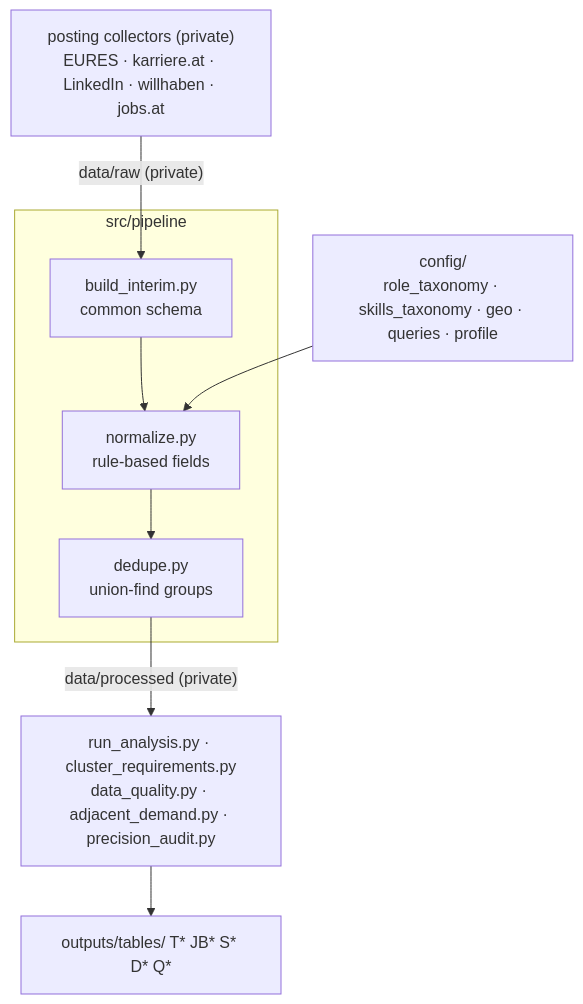
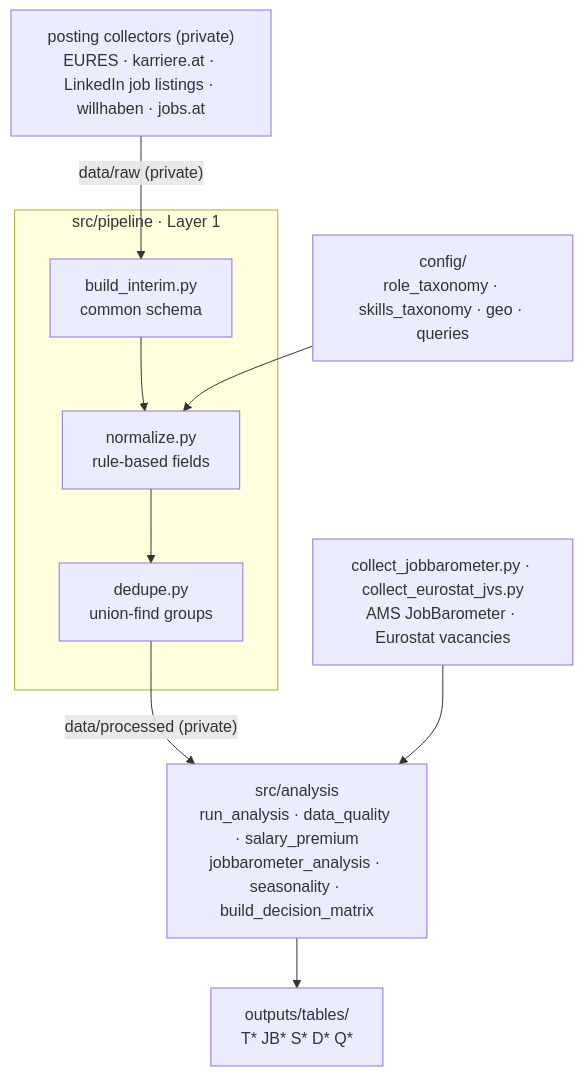
One commit to RafaelBraga-Kribitz/austria-data-job-market-intelligence changed the first of 2 diagrams in README.md. Above: the diagram before and after it, drawn with Mermaid. The commit also changed other lines of this file and 414 other files, not shown here.

````diff
--- a/README.md
+++ b/README.md
@@ -104,14 +163,16 @@
 ```mermaid
 flowchart TD
-  A3["posting collectors (private)<br/>EURES · karriere.at · LinkedIn · willhaben · jobs.at"]
-  C["config/<br/>role_taxonomy · skills_taxonomy · geo · queries · profile"]
-  subgraph pipe["src/pipeline"]
+  A1["posting collectors (private)<br/>EURES · karriere.at · LinkedIn job listings · willhaben · jobs.at"]
+  A2["collect_jobbarometer.py · collect_eurostat_jvs.py<br/>AMS JobBarometer · Eurostat vacancies"]
+  C["config/<br/>role_taxonomy · skills_taxonomy · geo · queries"]
+  subgraph pipe["src/pipeline · Layer 1"]
     P1["build_interim.py<br/>common schema"] --> P2["normalize.py<br/>rule-based fields"] --> P3["dedupe.py<br/>union-find groups"]
   end
-  N1["run_analysis.py · cluster_requirements.py<br/>data_quality.py · adjacent_demand.py · precision_audit.py"]
-  O1["outputs/tables/ T* JB* S* D* Q*"]
-  A3 -->|"data/raw (private)"| P1
+  N1["src/analysis<br/>run_analysis · data_quality · salary_premium<br/>jobbarometer_analysis · seasonality · build_decision_matrix"]
+  O1["outputs/tables/<br/>T* JB* S* D* Q*"]
+  A1 -->|"data/raw (private)"| P1
   C --> P2
   P3 -->|"data/processed (private)"| N1
+  A2 --> N1
   N1 --> O1
 ```
````
